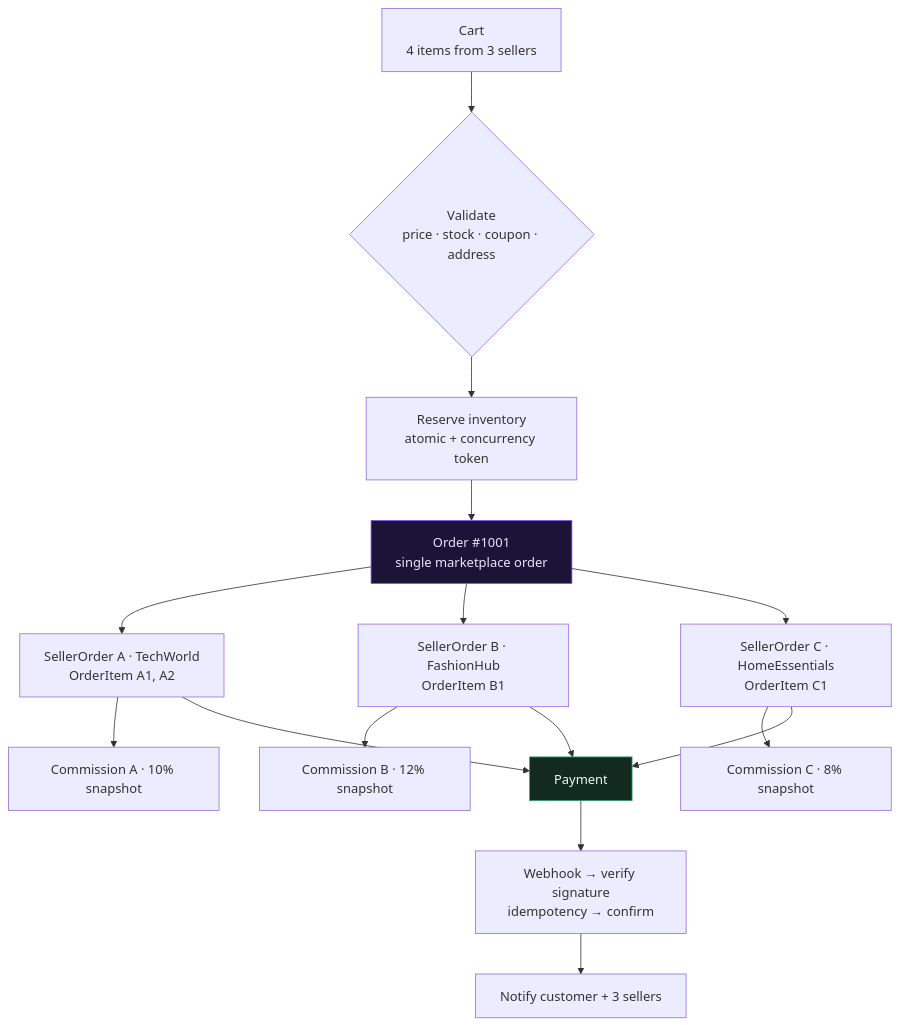
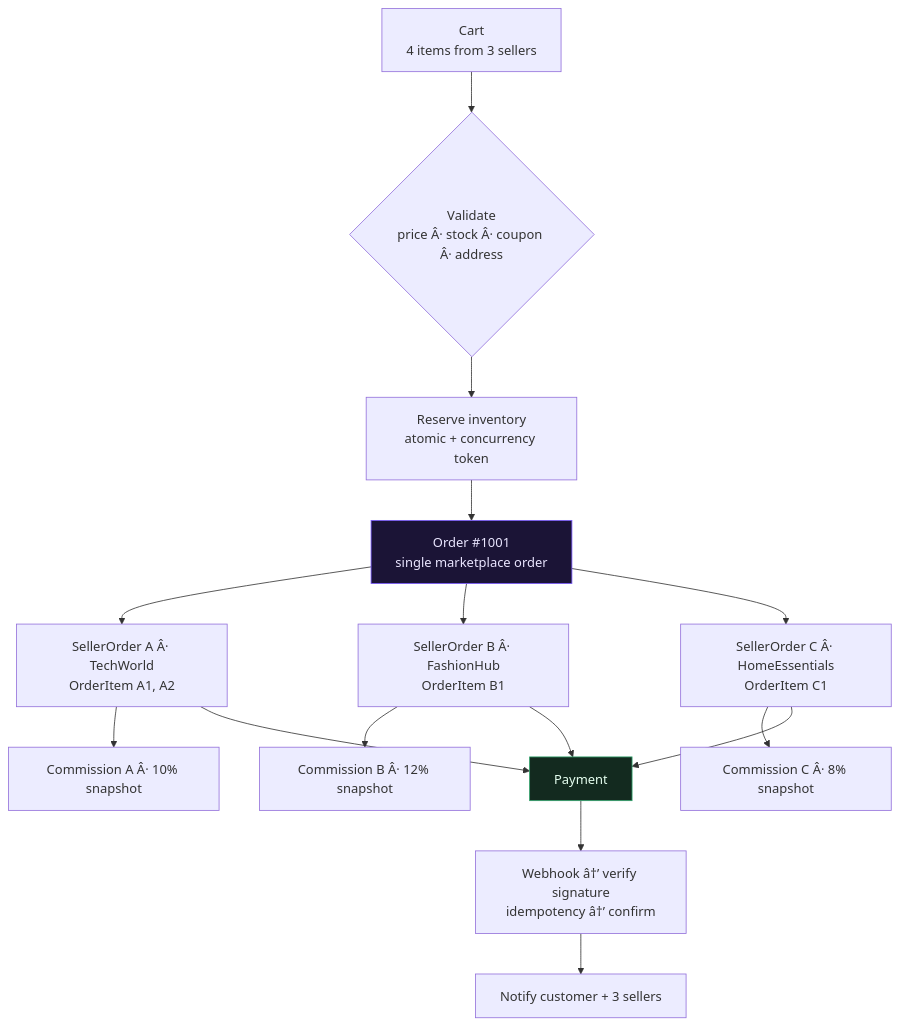
The third of 7 diagrams in docs/architecture/DIAGRAMS.md (parth1-web/Multi-Vendor-Ecommerce-Marketplace), drawn with Mermaid before and after one commit. The commit also changed other lines of this file and 2 other files, not shown here.

````diff
--- a/docs/architecture/DIAGRAMS.md
+++ b/docs/architecture/DIAGRAMS.md
@@ -86,21 +86,21 @@
 ```mermaid
 graph TD
     C["Cart<br/>4 items from 3 sellers"]
-    C --> V{"Validate<br/>price · stock · coupon · address"}
+    C --> V{"Validate<br/>price Â· stock Â· coupon Â· address"}
     V --> R["Reserve inventory<br/>atomic + concurrency token"]
     R --> O["Order #1001<br/>single marketplace order"]
-    O --> SA["SellerOrder A · TechWorld<br/>OrderItem A1, A2"]
-    O --> SB["SellerOrder B · FashionHub<br/>OrderItem B1"]
-    O --> SC["SellerOrder C · HomeEssentials<br/>OrderItem C1"]
-    SA --> CA["Commission A · 10% snapshot"]
-    SB --> CB["Commission B · 12% snapshot"]
-    SC --> CC["Commission C · 8% snapshot"]
+    O --> SA["SellerOrder A Â· TechWorld<br/>OrderItem A1, A2"]
+    O --> SB["SellerOrder B Â· FashionHub<br/>OrderItem B1"]
+    O --> SC["SellerOrder C Â· HomeEssentials<br/>OrderItem C1"]
+    SA --> CA["Commission A Â· 10% snapshot"]
+    SB --> CB["Commission B Â· 12% snapshot"]
+    SC --> CC["Commission C Â· 8% snapshot"]
     SA --> P["Payment"]
     SB --> P
     SC --> P
-    P --> W["Webhook → verify signature<br/>idempotency → confirm"]
+    P --> W["Webhook â†’ verify signature<br/>idempotency â†’ confirm"]
     W --> N["Notify customer + 3 sellers"]
 
     style O fill:#1b1436,stroke:#7c5cff,color:#eae6ff
     style P fill:#132a1f,stroke:#2fa36b,color:#e6fff0
 ```
````
